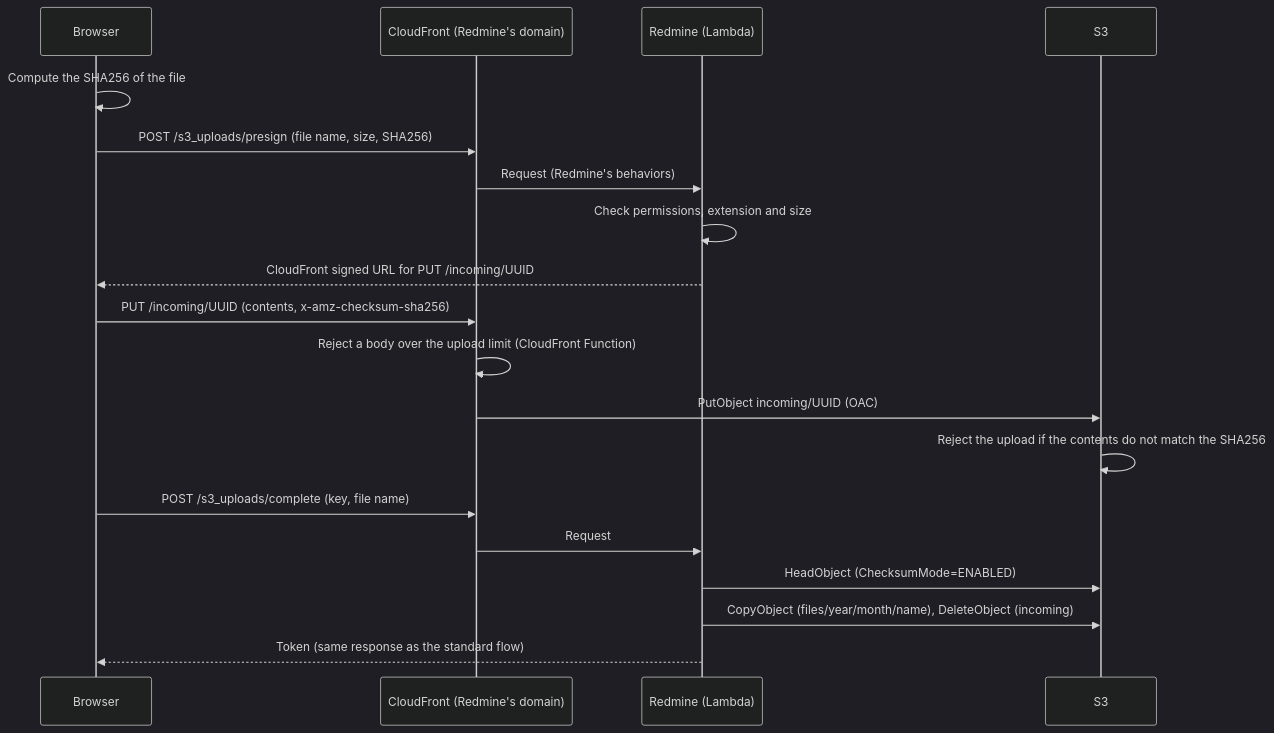
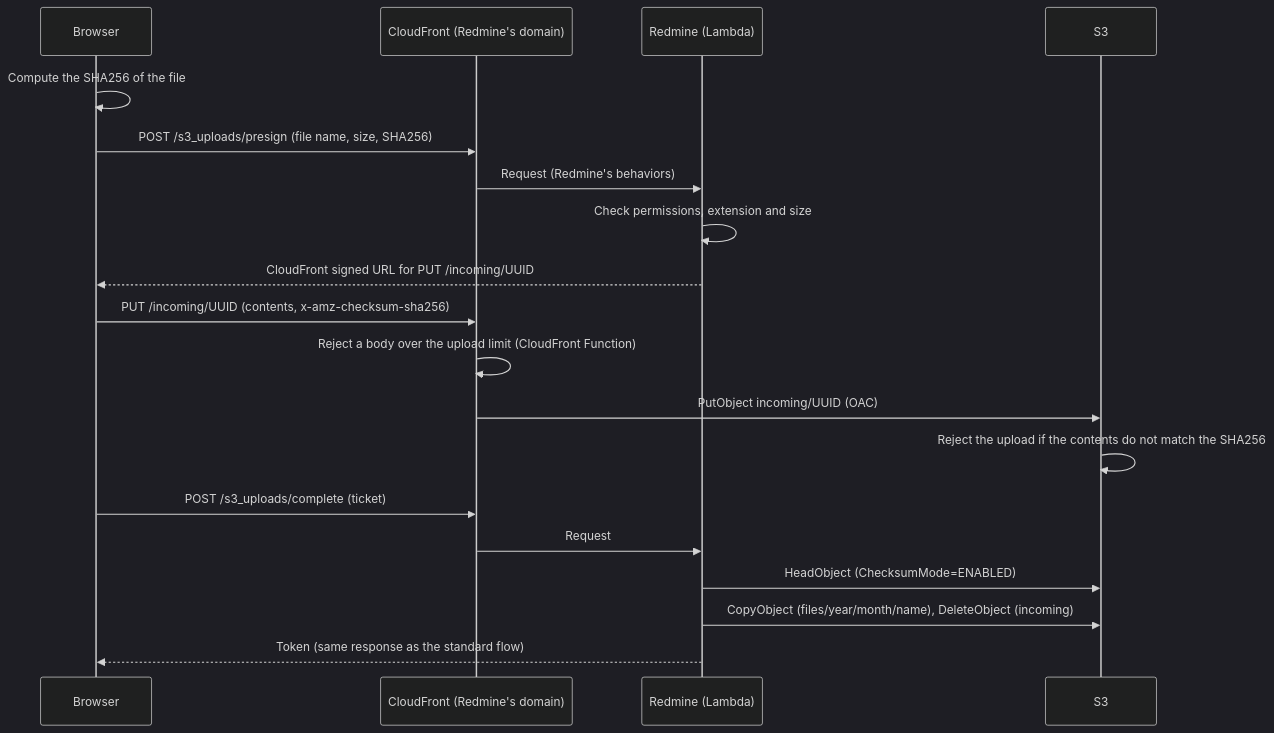
The first of 3 diagrams in docs/attachments.md (redmine-kit/redmine_aws_s3), drawn with Mermaid (dark theme) before and after one commit. The commit also changed other lines of this file and 10 other files, not shown here.

````diff
--- a/docs/attachments.md
+++ b/docs/attachments.md
@@ -72,21 +72,21 @@
 ```mermaid
 sequenceDiagram
   participant B as Browser
   participant C as CloudFront (Redmine's domain)
   participant R as Redmine (Lambda)
   participant S as S3
   B->>B: Compute the SHA256 of the file
   B->>C: POST /s3_uploads/presign (file name, size, SHA256)
   C->>R: Request (Redmine's behaviors)
   R->>R: Check permissions, extension and size
   R-->>B: CloudFront signed URL for PUT /incoming/UUID
   B->>C: PUT /incoming/UUID (contents, x-amz-checksum-sha256)
   C->>C: Reject a body over the upload limit (CloudFront Function)
   C->>S: PutObject incoming/UUID (OAC)
   S->>S: Reject the upload if the contents do not match the SHA256
-  B->>C: POST /s3_uploads/complete (key, file name)
+  B->>C: POST /s3_uploads/complete (ticket)
   C->>R: Request
   R->>S: HeadObject (ChecksumMode=ENABLED)
   R->>S: CopyObject (files/year/month/name), DeleteObject (incoming)
   R-->>B: Token (same response as the standard flow)
 ```
````
